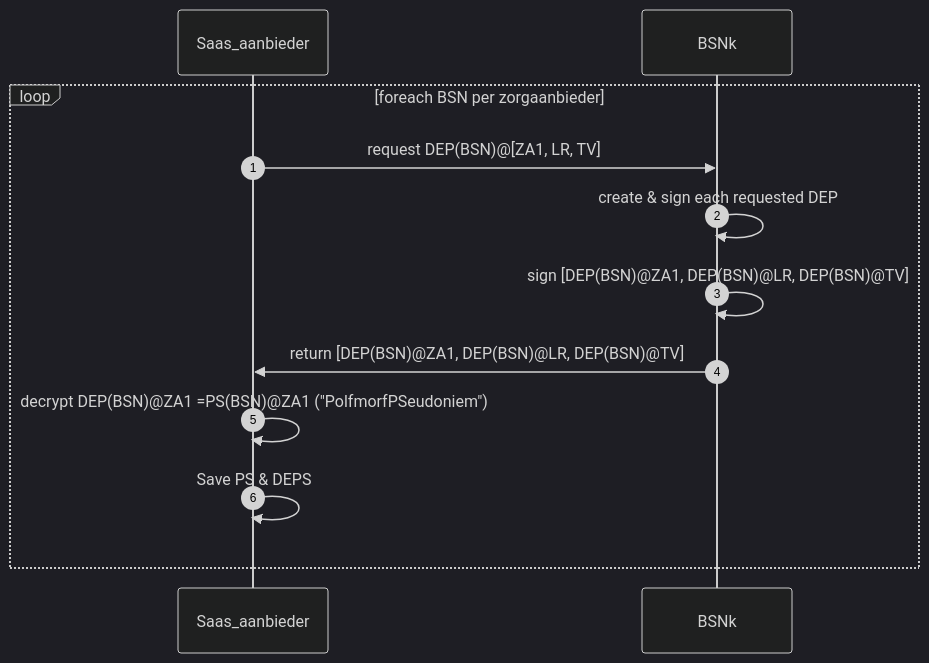
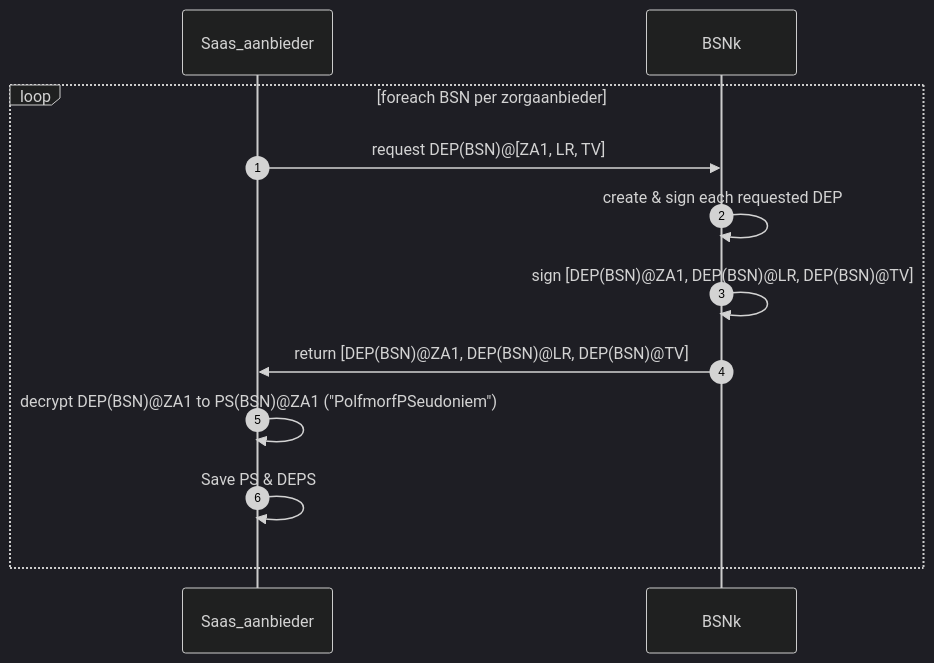
The second of 5 diagrams in architectuur/sequentie-diagrammen.md (minvws/generiekefuncties-lokalisatie), drawn with Mermaid (dark theme) before and after one commit. The commit also changed other lines of this file, not shown here.

````diff
--- a/architectuur/sequentie-diagrammen.md
+++ b/architectuur/sequentie-diagrammen.md
@@ -19,12 +19,12 @@
 ```mermaid
 sequenceDiagram
 autonumber
 loop foreach BSN per zorgaanbieder
   Saas_aanbieder ->> BSNk: request DEP(BSN)@[ZA1, LR, TV]
   BSNk ->> BSNk: create & sign each requested DEP
   BSNk ->> BSNk: sign [DEP(BSN)@ZA1, DEP(BSN)@LR, DEP(BSN)@TV]
   BSNk ->> Saas_aanbieder:  return [DEP(BSN)@ZA1, DEP(BSN)@LR, DEP(BSN)@TV]
-  Saas_aanbieder ->> Saas_aanbieder:  decrypt DEP(BSN)@ZA1 =PS(BSN)@ZA1 ("PolfmorfPSeudoniem")
+  Saas_aanbieder ->> Saas_aanbieder:  decrypt DEP(BSN)@ZA1 to PS(BSN)@ZA1 ("PolfmorfPSeudoniem")
   Saas_aanbieder ->> Saas_aanbieder:  Save PS & DEPS
 end
 ```
````
